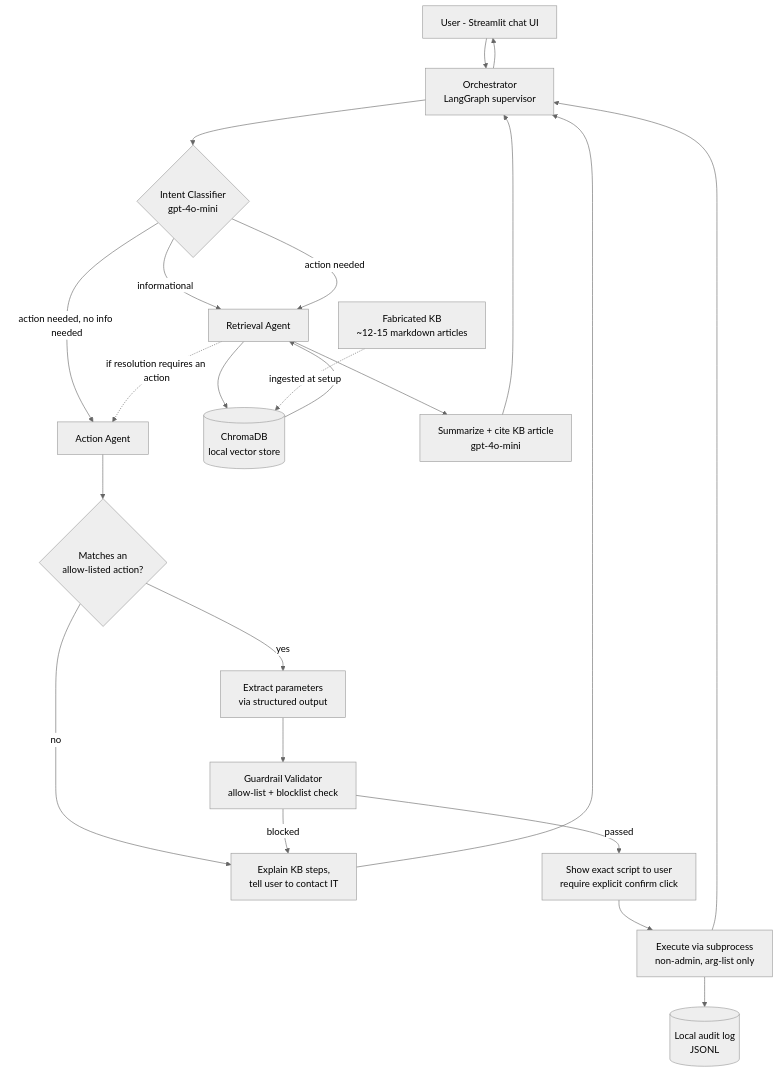
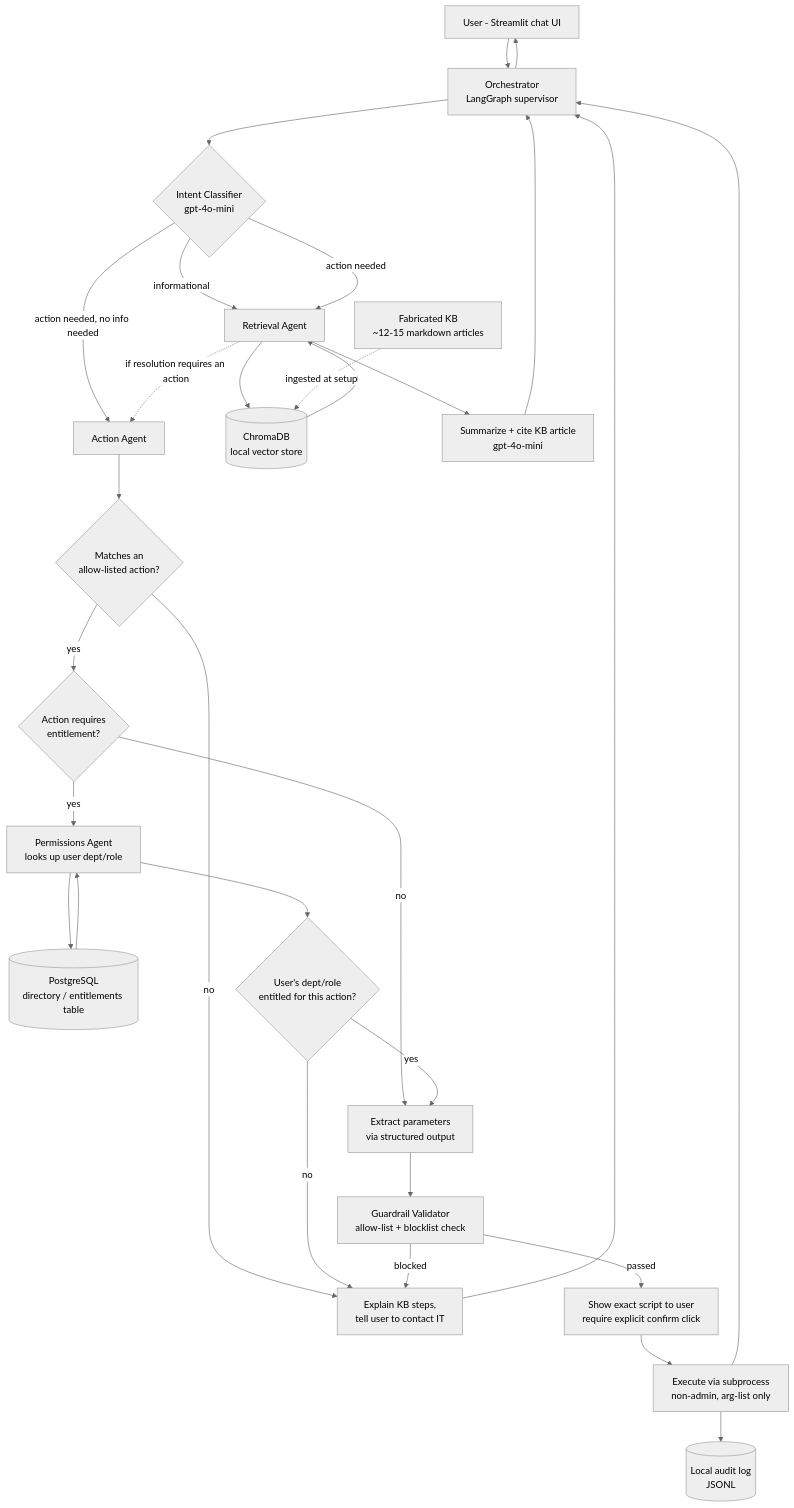
Before and after one commit to Emeron16/TechConsulting: the diagram in RAG Agent/IT_Support_Multi_Agent_RAG_Design.md, drawn with Mermaid (neutral theme). The commit also changed other lines of this file and 1 other file, not shown here.

````diff
--- a/RAG Agent/IT_Support_Multi_Agent_RAG_Design.md
+++ b/RAG Agent/IT_Support_Multi_Agent_RAG_Design.md
@@ -11,29 +13,36 @@
 ```mermaid
 flowchart TD
     U[User - Streamlit chat UI] --> O[Orchestrator<br/>LangGraph supervisor]
 
     O --> C{Intent Classifier<br/>gpt-4o-mini}
     C -->|informational| R[Retrieval Agent]
     C -->|action needed| R
     C -->|action needed, no info needed| A[Action Agent]
 
     R --> VDB[(ChromaDB<br/>local vector store)]
     VDB --> R
     R --> SUM[Summarize + cite KB article<br/>gpt-4o-mini]
     SUM --> O
 
     R -.->|if resolution requires an action| A
     A --> MATCH{Matches an<br/>allow-listed action?}
     MATCH -->|no| DECLINE[Explain KB steps,<br/>tell user to contact IT]
-    MATCH -->|yes| EXTRACT[Extract parameters<br/>via structured output]
+    MATCH -->|yes| PCHECK{Action requires<br/>entitlement?}
+    PCHECK -->|no| EXTRACT
+    PCHECK -->|yes| PERM[Permissions Agent<br/>looks up user dept/role]
+    PERM --> PG[(PostgreSQL<br/>directory / entitlements table)]
+    PG --> PERM
+    PERM --> AUTH{User's dept/role<br/>entitled for this action?}
+    AUTH -->|no| DECLINE
+    AUTH -->|yes| EXTRACT[Extract parameters<br/>via structured output]
     EXTRACT --> GUARD[Guardrail Validator<br/>allow-list + blocklist check]
     GUARD -->|blocked| DECLINE
     GUARD -->|passed| CONFIRM[Show exact script to user<br/>require explicit confirm click]
     CONFIRM --> EXEC[Execute via subprocess<br/>non-admin, arg-list only]
     EXEC --> LOG[(Local audit log<br/>JSONL)]
     EXEC --> O
     DECLINE --> O
     O --> U
 
     KB[Fabricated KB<br/>~12-15 markdown articles] -.ingested at setup.-> VDB
 ```
````
